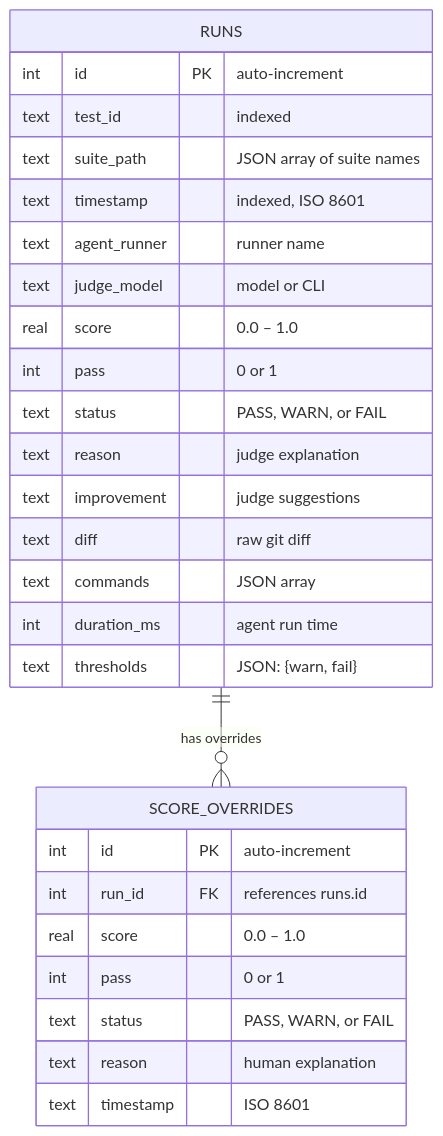
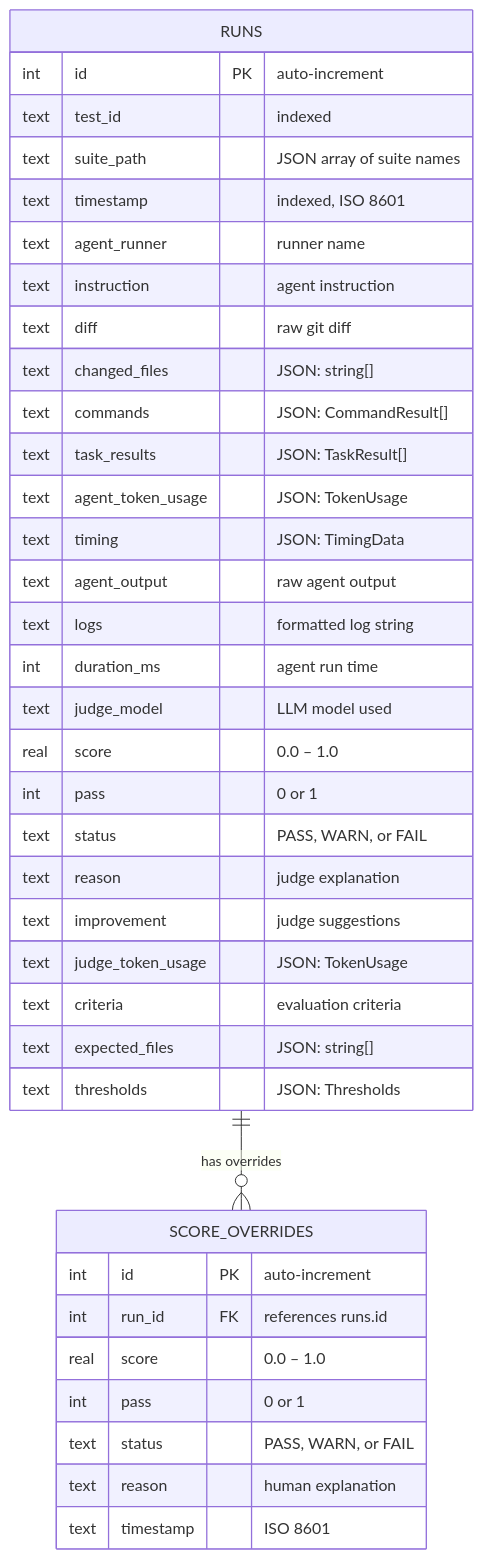
The first of 2 diagrams in apps/docs/api/ledger.md (Tlahey/agent-eval), drawn with Mermaid before and after one commit. The commit also changed other lines of this file and 68 other files, not shown here.

First line of the commit message:
refactor(core): decouple plugin architecture with IModelPlugin and IRunnerPlugin (#7)

````diff
--- a/apps/docs/api/ledger.md
+++ b/apps/docs/api/ledger.md
@@ -98,30 +142,40 @@
 ```mermaid
 erDiagram
     RUNS {
         int id PK "auto-increment"
         text test_id "indexed"
         text suite_path "JSON array of suite names"
         text timestamp "indexed, ISO 8601"
         text agent_runner "runner name"
-        text judge_model "model or CLI"
+        text instruction "agent instruction"
+        text diff "raw git diff"
+        text changed_files "JSON: string[]"
+        text commands "JSON: CommandResult[]"
+        text task_results "JSON: TaskResult[]"
+        text agent_token_usage "JSON: TokenUsage"
+        text timing "JSON: TimingData"
+        text agent_output "raw agent output"
+        text logs "formatted log string"
+        int duration_ms "agent run time"
+        text judge_model "LLM model used"
         real score "0.0 – 1.0"
         int pass "0 or 1"
         text status "PASS, WARN, or FAIL"
         text reason "judge explanation"
         text improvement "judge suggestions"
-        text diff "raw git diff"
-        text commands "JSON array"
-        int duration_ms "agent run time"
-        text thresholds "JSON: {warn, fail}"
+        text judge_token_usage "JSON: TokenUsage"
+        text criteria "evaluation criteria"
+        text expected_files "JSON: string[]"
+        text thresholds "JSON: Thresholds"
     }
     SCORE_OVERRIDES {
         int id PK "auto-increment"
         int run_id FK "references runs.id"
         real score "0.0 – 1.0"
         int pass "0 or 1"
         text status "PASS, WARN, or FAIL"
         text reason "human explanation"
         text timestamp "ISO 8601"
     }
     RUNS ||--o{ SCORE_OVERRIDES : "has overrides"
 ```
````
